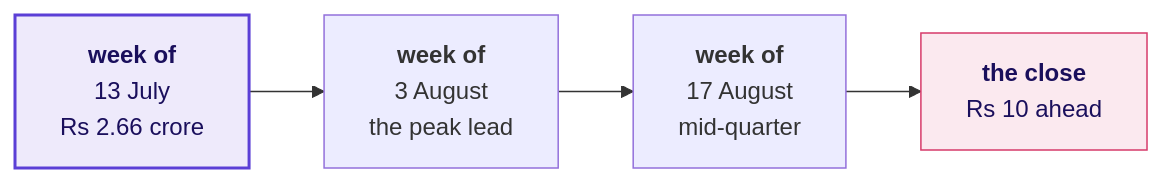
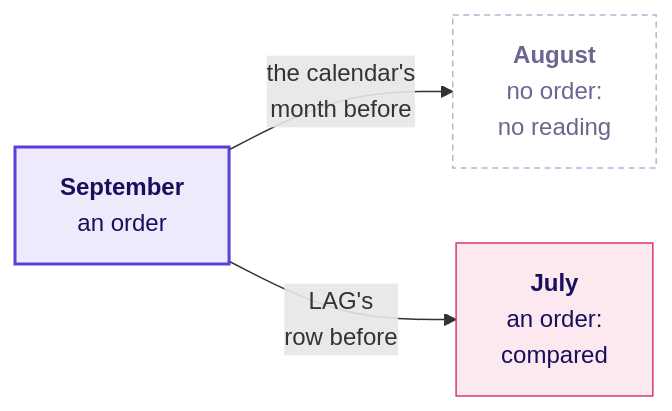
Before and after one commit to fde-academy-lab/c2-content-factory: the second of 8 diagrams in content/W02/D3/slides/C2_W02_D03_half2_STUDENT.md, drawn with Mermaid. The commit also changed other lines of this file and 3 other files, not shown here.

````diff
--- a/content/W02/D3/slides/C2_W02_D03_half2_STUDENT.md
+++ b/content/W02/D3/slides/C2_W02_D03_half2_STUDENT.md
@@ -166,10 +138,11 @@
 ```mermaid
 flowchart LR
-    J["<b>week of</b><br/>13 July<br/>Rs 2.66 crore"] --> P["<b>week of</b><br/>3 August<br/>the peak lead"]
-    P --> M["<b>week of</b><br/>17 August<br/>mid-quarter"]
-    M --> C["<b>the close</b><br/>Rs 10 ahead"]
+    S["<b>September</b><br/>an order"] -->|"the calendar's<br/>month before"| A["<b>August</b><br/>no order:<br/>no reading"]
+    S -->|"LAG's<br/>row before"| J["<b>July</b><br/>an order:<br/>compared"]
+    classDef unknown fill:#FFFFFF,stroke:#B8B2D6,color:#6B6690,stroke-dasharray:4 3
+    classDef bad fill:#FBE9EF,stroke:#D63A6A,color:#1A0F5C
     classDef known fill:#EEEAFB,stroke:#5B3FD6,color:#1A0F5C,stroke-width:2px
-    classDef bad fill:#FBE9EF,stroke:#D63A6A,color:#1A0F5C
-    class J known
-    class C bad
+    class A unknown
+    class J bad
+    class S known
 ```
````
